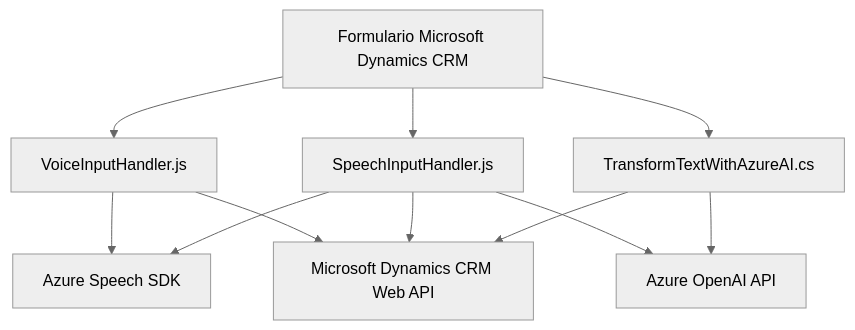
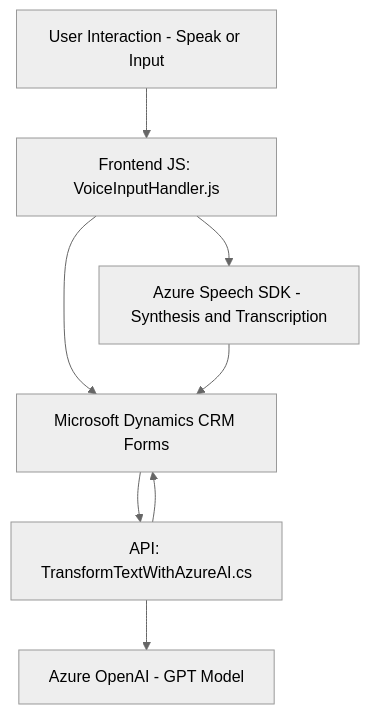
One commit to blopezdm/NETCORE_BILBAO2025 changed the diagram in README.md. Above: the diagram before and after it, drawn with Mermaid (neutral theme). The commit also changed other lines of this file, not shown here.

````diff
--- a/README.md
+++ b/README.md
@@ -40,18 +46,13 @@
 ```mermaid
 graph TD
-    A["Formulario Microsoft Dynamics CRM"]
-    B["VoiceInputHandler.js"]
-    C["SpeechInputHandler.js"]
-    D["TransformTextWithAzureAI.cs"]
-    E["Azure Speech SDK"]
-    F["Azure OpenAI API"]
-    G["Microsoft Dynamics CRM Web API"]
+  A["User Interaction - Speak or Input"] --> B["Frontend JS: VoiceInputHandler.js"]
 
-    A --> B --> E
-    A --> C --> E
-    B --> G
-    C --> G
-    C --> F
-    A --> D --> F
-    D --> G
+  B --> C["Azure Speech SDK - Synthesis and Transcription"]
+  B --> D["Microsoft Dynamics CRM Forms"]
+
+  D --> E["API: TransformTextWithAzureAI.cs"]
+  E --> F["Azure OpenAI - GPT Model"]
+
+  C --> D
+  E --> D
 ```
````
